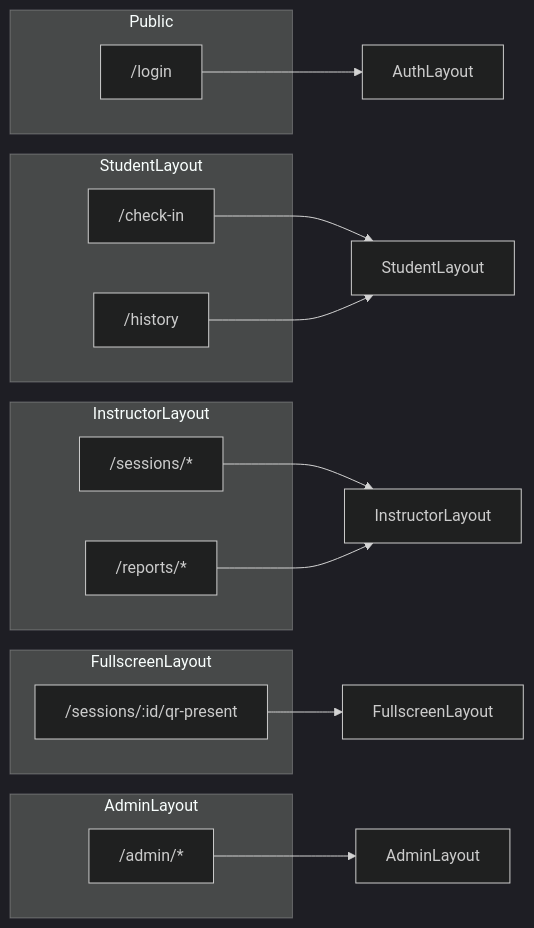
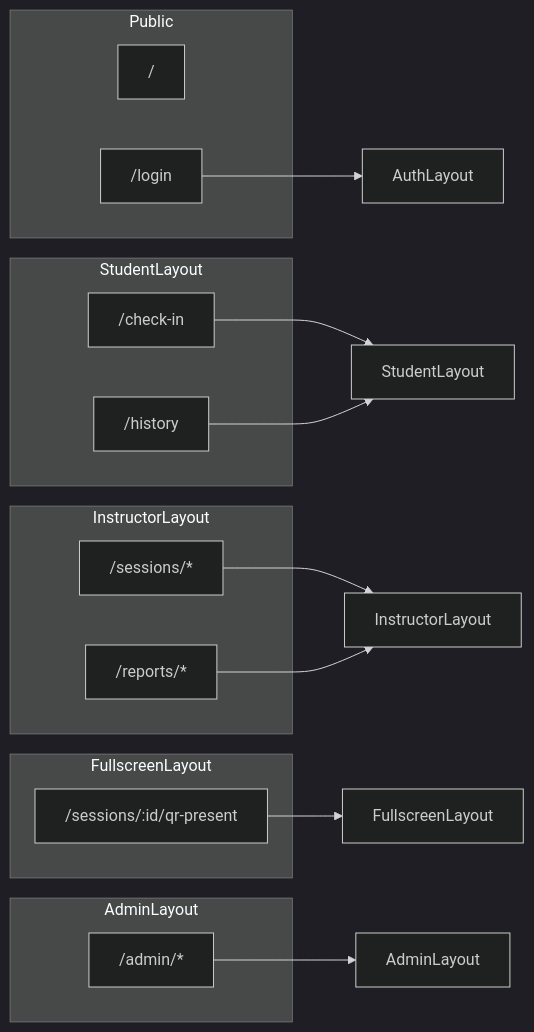
The diagram in projects/ai-harnessed_we-check-app/docs/ui-ux/09-page-list.md (trannamtrung1st/ai-engineering-learning), drawn with Mermaid (dark theme) before and after one commit. The commit also changed other lines of this file and 121 other files, not shown here.

````diff
--- a/projects/ai-harnessed_we-check-app/docs/ui-ux/09-page-list.md
+++ b/projects/ai-harnessed_we-check-app/docs/ui-ux/09-page-list.md
@@ -381,32 +460,33 @@
 ```mermaid
 flowchart LR
     subgraph public [Public]
+        root["/"]
         login["/login"]
     end
 
     subgraph student [StudentLayout]
         checkin["/check-in"]
         history["/history"]
     end
 
     subgraph instructor [InstructorLayout]
         sessions["/sessions/*"]
         reports["/reports/*"]
     end
 
     subgraph fullscreen [FullscreenLayout]
         qrpresent["/sessions/:id/qr-present"]
     end
 
     subgraph admin [AdminLayout]
         adminall["/admin/*"]
     end
 
     login --> AuthLayout
     checkin --> StudentLayout
     history --> StudentLayout
     sessions --> InstructorLayout
     reports --> InstructorLayout
     qrpresent --> FullscreenLayout
     adminall --> AdminLayout
 ```
````
